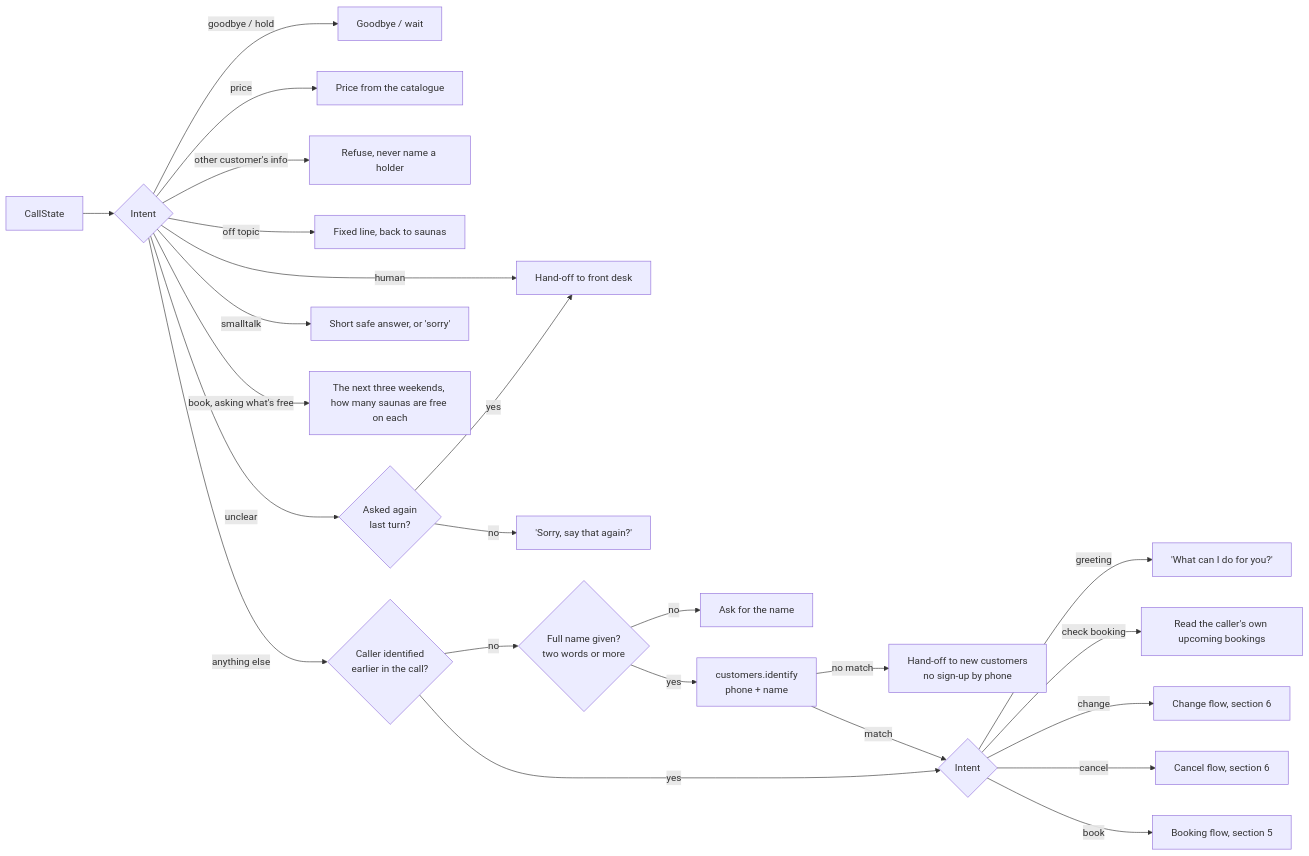
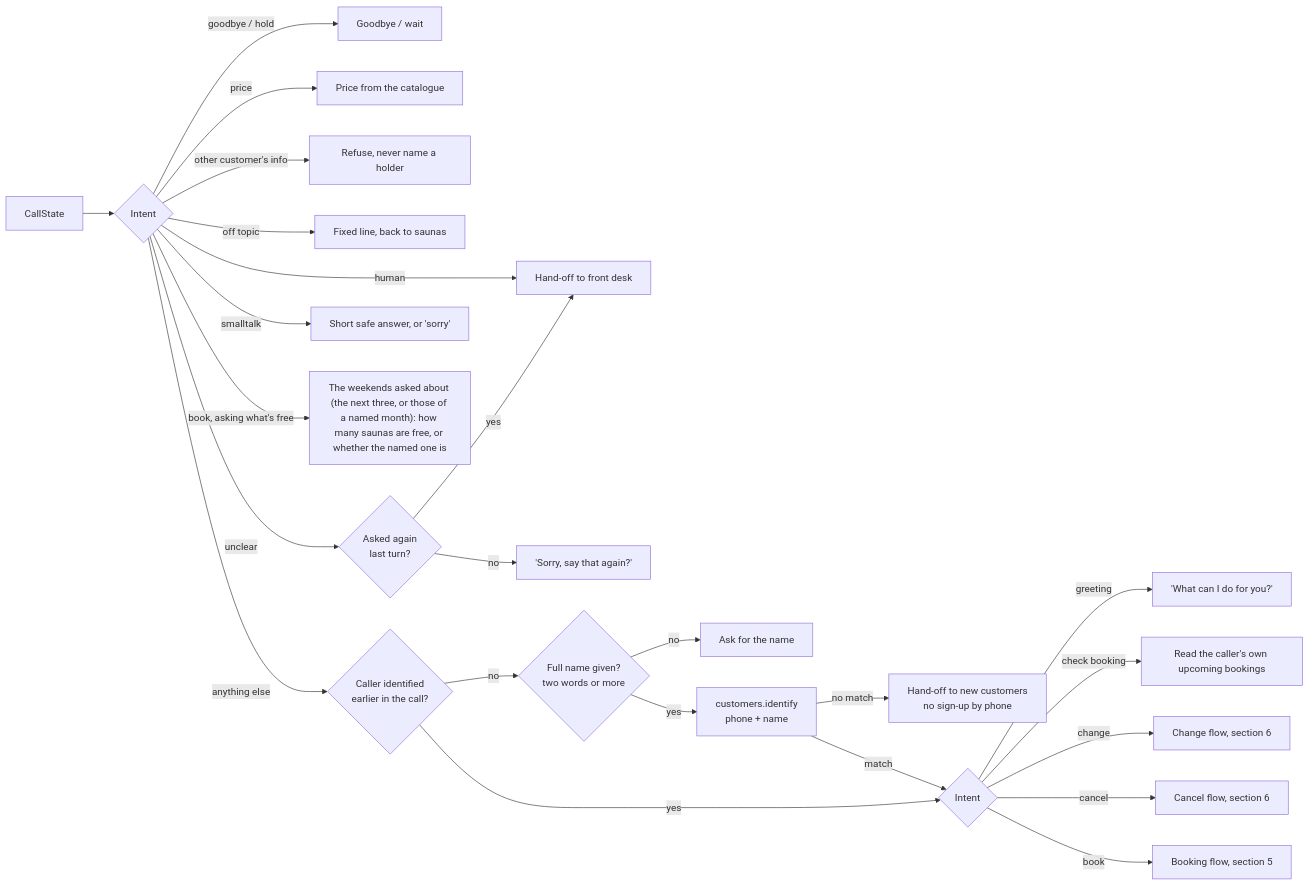
The third of 5 diagrams in docs/architecture/logic-flow.md (GoxMAN8/pirtis-on-wheels), drawn with Mermaid before and after one commit. The commit also changed other lines of this file and 11 other files, not shown here.

First line of the commit message:
Answer what's free for a month, a sauna or both (D-100)

````diff
--- a/docs/architecture/logic-flow.md
+++ b/docs/architecture/logic-flow.md
@@ -121,26 +121,26 @@
 ```mermaid
 flowchart LR
   s["CallState"] --> open{"Intent"}
   open -->|"human"| h["Hand-off to front desk"]
   open -->|"goodbye / hold"| gh["Goodbye / wait"]
   open -->|"price"| pr["Price from the catalogue"]
   open -->|"other customer's info"| rf["Refuse, never name a holder"]
   open -->|"off topic"| ot["Fixed line, back to saunas"]
   open -->|"unclear"| un{"Asked again<br/>last turn?"}
   un -->|"no"| so["'Sorry, say that again?'"]
   un -->|"yes"| h
   open -->|"smalltalk"| sm["Short safe answer, or 'sorry'"]
-  open -->|"book, asking what's free"| fd["The next three weekends, how many saunas are free on each"]
+  open -->|"book, asking what's free"| fd["The weekends asked about (the next three, or those of a named month): how many saunas are free, or whether the named one is"]
   open -->|"anything else"| idq{"Caller identified<br/>earlier in the call?"}
   idq -->|"no"| full{"Full name given?<br/>two words or more"}
   full -->|"no"| askn["Ask for the name"]
   full -->|"yes"| ident["customers.identify<br/>phone + name"]
   ident -->|"no match"| nc["Hand-off to new customers<br/>no sign-up by phone"]
   ident -->|"match"| intent2{"Intent"}
   idq -->|"yes"| intent2
   intent2 -->|"greeting"| need["'What can I do for you?'"]
   intent2 -->|"check booking"| rd["Read the caller's own upcoming bookings"]
   intent2 -->|"change"| ch["Change flow, section 6"]
   intent2 -->|"cancel"| ca["Cancel flow, section 6"]
   intent2 -->|"book"| bk["Booking flow, section 5"]
 ```
````
